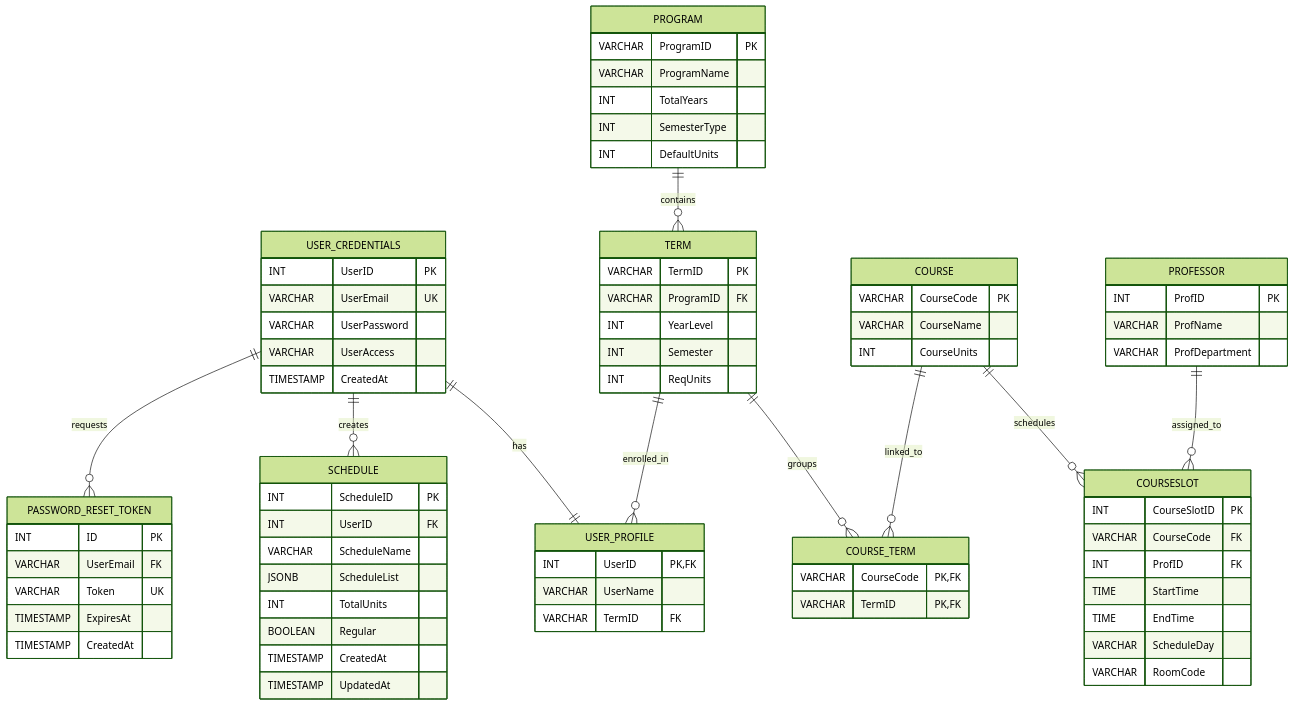
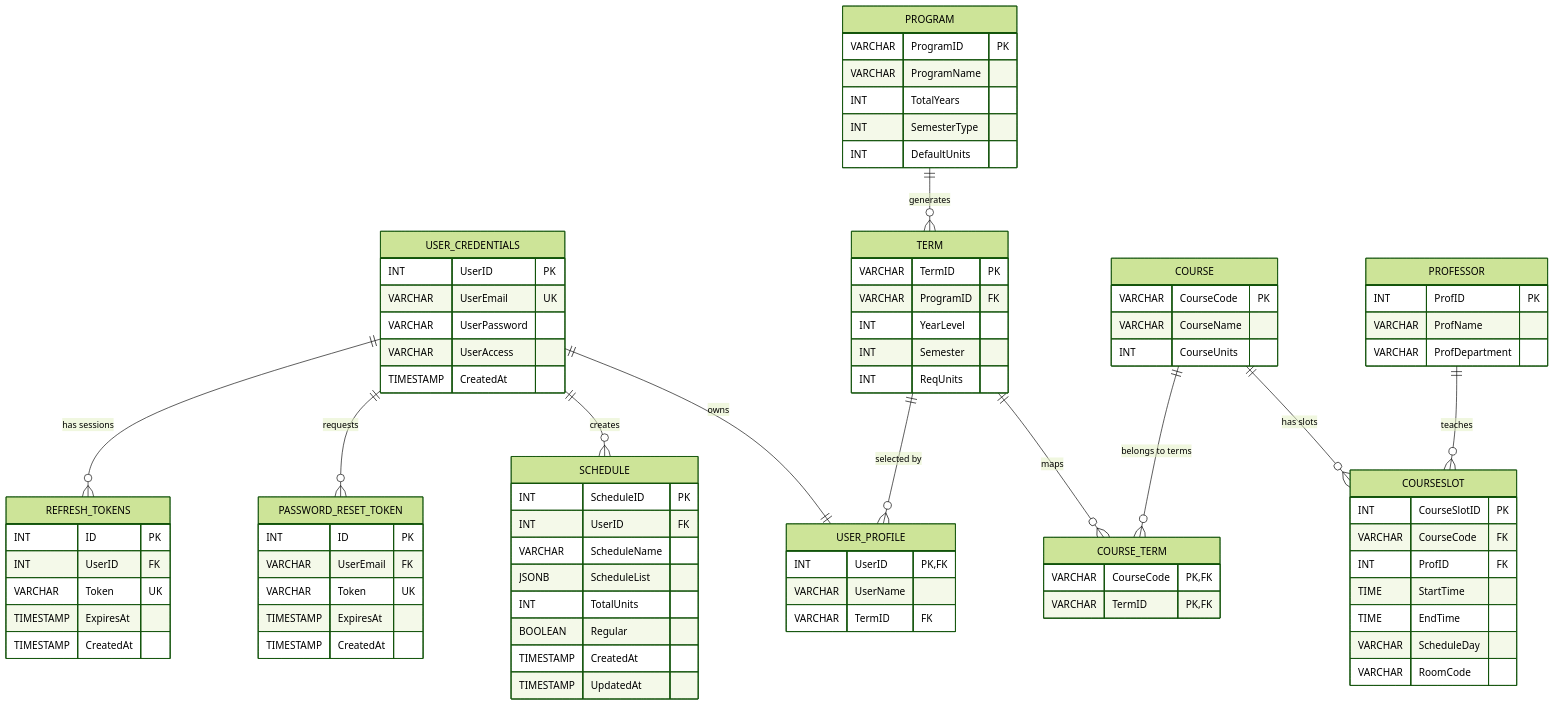
Before and after one commit to CDJ-AppDev/CDJ-academic-schedule-builder: the diagram in public/notes/DB-ARCHITECTURE.md, drawn with Mermaid (forest theme). The commit also changed other lines of this file and 9 other files, not shown here.

````diff
--- a/public/notes/DB-ARCHITECTURE.md
+++ b/public/notes/DB-ARCHITECTURE.md
@@ -17,7 +15,13 @@
         VARCHAR UserAccess
         TIMESTAMP CreatedAt
     }
-    
+
+    USER_PROFILE {
+        INT UserID PK, FK
+        VARCHAR UserName
+        VARCHAR TermID FK
+    }
+
     PROGRAM {
         VARCHAR ProgramID PK
         VARCHAR ProgramName
@@ -25,7 +29,7 @@
         INT SemesterType
         INT DefaultUnits
     }
-    
+
     TERM {
         VARCHAR TermID PK
         VARCHAR ProgramID FK
@@ -33,30 +37,24 @@
         INT Semester
         INT ReqUnits
     }
-    
-    USER_PROFILE {
-        INT UserID PK, FK
-        VARCHAR UserName
-        VARCHAR TermID FK
-    }
-    
+
     COURSE {
         VARCHAR CourseCode PK
         VARCHAR CourseName
         INT CourseUnits
     }
-    
+
     COURSE_TERM {
         VARCHAR CourseCode PK, FK
         VARCHAR TermID PK, FK
     }
-    
+
     PROFESSOR {
         INT ProfID PK
         VARCHAR ProfName
         VARCHAR ProfDepartment
     }
-    
+
     COURSESLOT {
         INT CourseSlotID PK
         VARCHAR CourseCode FK
@@ -66,7 +64,7 @@
         VARCHAR ScheduleDay
         VARCHAR RoomCode
     }
-    
+
     SCHEDULE {
         INT ScheduleID PK
         INT UserID FK
@@ -77,7 +75,7 @@
         TIMESTAMP CreatedAt
         TIMESTAMP UpdatedAt
     }
-    
+
     PASSWORD_RESET_TOKEN {
         INT ID PK
         VARCHAR UserEmail FK
@@ -86,13 +84,22 @@
         TIMESTAMP CreatedAt
     }
 
-    USER_CREDENTIALS ||--|| USER_PROFILE : "has"
+    REFRESH_TOKENS {
+        INT ID PK
+        INT UserID FK
+        VARCHAR Token UK
+        TIMESTAMP ExpiresAt
+        TIMESTAMP CreatedAt
+    }
+
+    USER_CREDENTIALS ||--|| USER_PROFILE : "owns"
     USER_CREDENTIALS ||--o{ SCHEDULE : "creates"
     USER_CREDENTIALS ||--o{ PASSWORD_RESET_TOKEN : "requests"
-    PROGRAM ||--o{ TERM : "contains"
-    TERM ||--o{ USER_PROFILE : "enrolled_in"
-    TERM ||--o{ COURSE_TERM : "groups"
-    COURSE ||--o{ COURSE_TERM : "linked_to"
-    COURSE ||--o{ COURSESLOT : "schedules"
-    PROFESSOR ||--o{ COURSESLOT : "assigned_to"
+    USER_CREDENTIALS ||--o{ REFRESH_TOKENS : "has sessions"
+    PROGRAM ||--o{ TERM : "generates"
+    TERM ||--o{ USER_PROFILE : "selected by"
+    TERM ||--o{ COURSE_TERM : "maps"
+    COURSE ||--o{ COURSE_TERM : "belongs to terms"
+    COURSE ||--o{ COURSESLOT : "has slots"
+    PROFESSOR ||--o{ COURSESLOT : "teaches"
 ```
````
